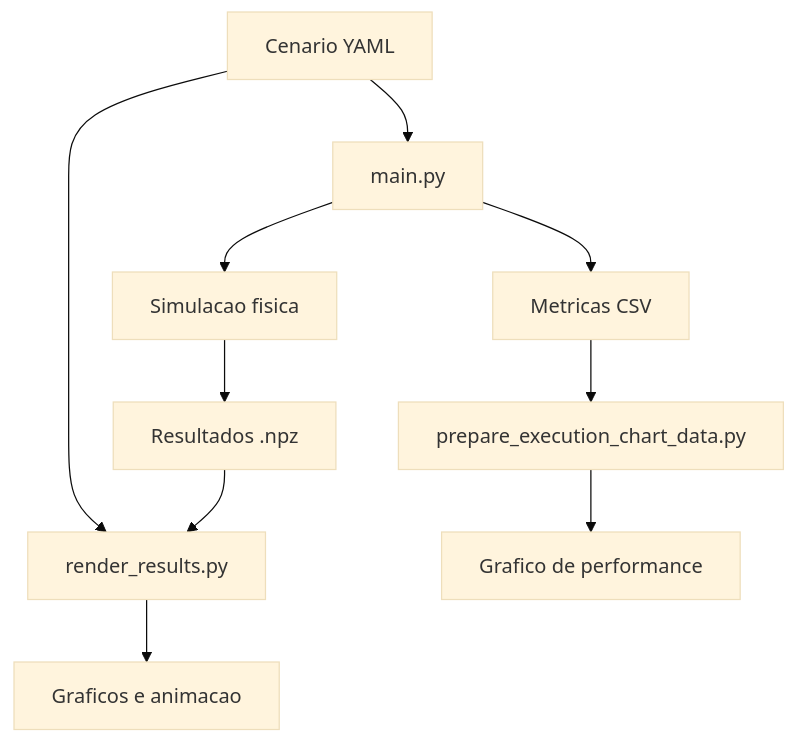
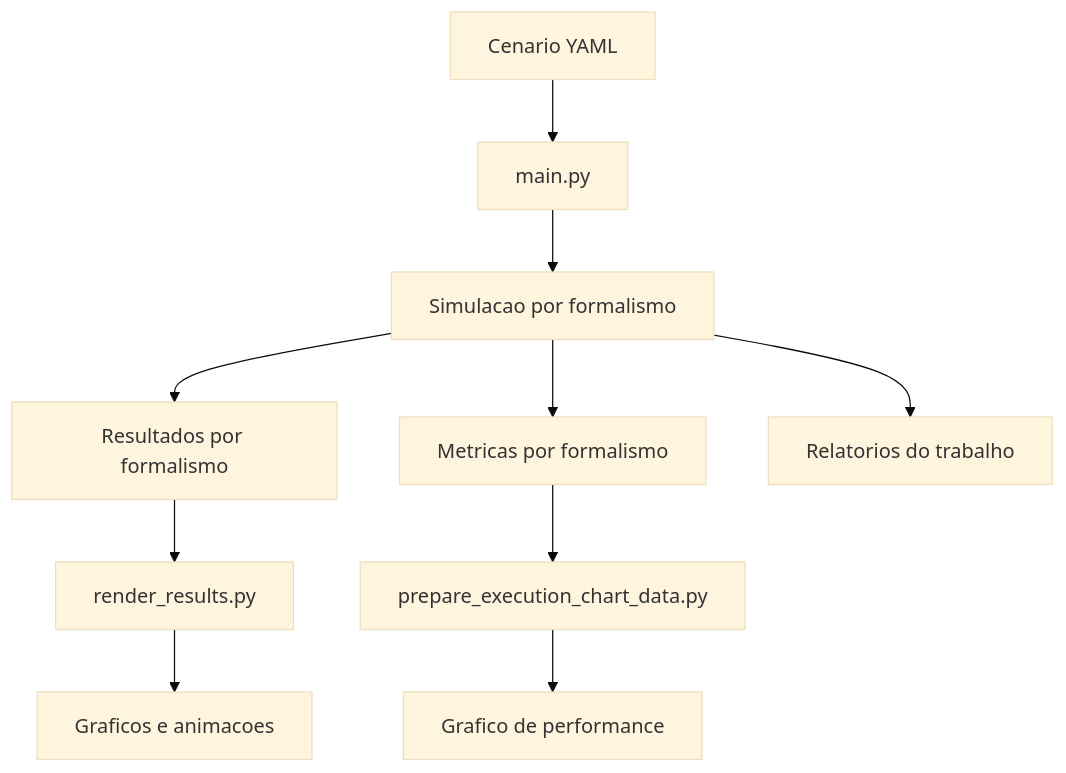
Before and after one commit to Jootiinha/mecanica-classica-e-quantica-n-corpos: the diagram in arquitetura.md, drawn with Mermaid (base theme). The commit also changed other lines of this file and 21 other files, not shown here.

````diff
--- a/arquitetura.md
+++ b/arquitetura.md
@@ -5,14 +5,14 @@
 ```mermaid
 flowchart TD
     A[Cenario YAML] --> B[main.py]
-    B --> C[Simulacao fisica]
-    C --> D[Resultados .npz]
-    B --> E[Metricas CSV]
+    B --> C[Simulacao por formalismo]
+    C --> D[Resultados por formalismo]
+    C --> E[Metricas por formalismo]
+    C --> F[Relatorios do trabalho]
 
-    D --> F[render_results.py]
-    A --> F
-    F --> G[Graficos e animacao]
+    D --> G[render_results.py]
+    G --> H[Graficos e animacoes]
 
-    E --> H[prepare_execution_chart_data.py]
-    H --> I[Grafico de performance]
+    E --> I[prepare_execution_chart_data.py]
+    I --> J[Grafico de performance]
 ```
````
